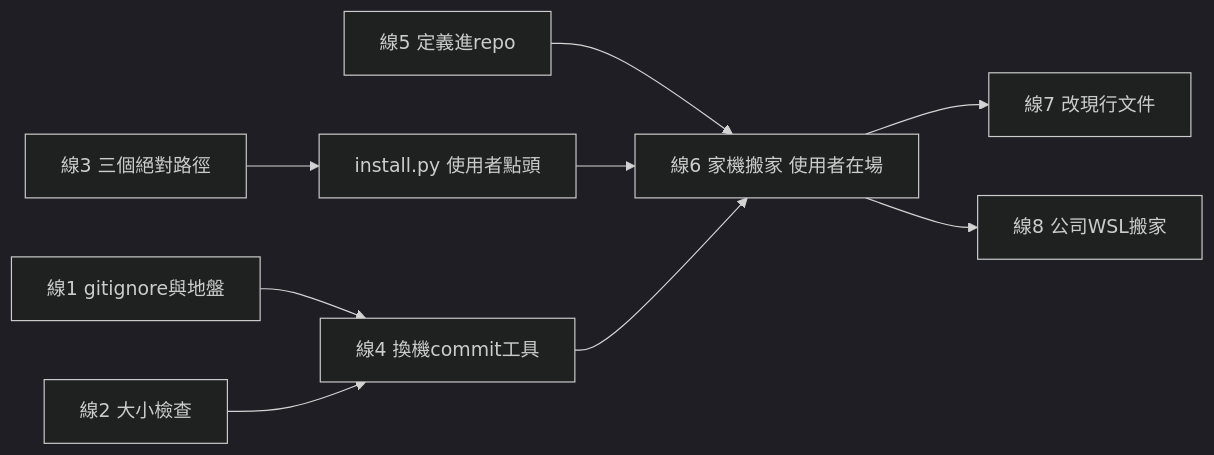
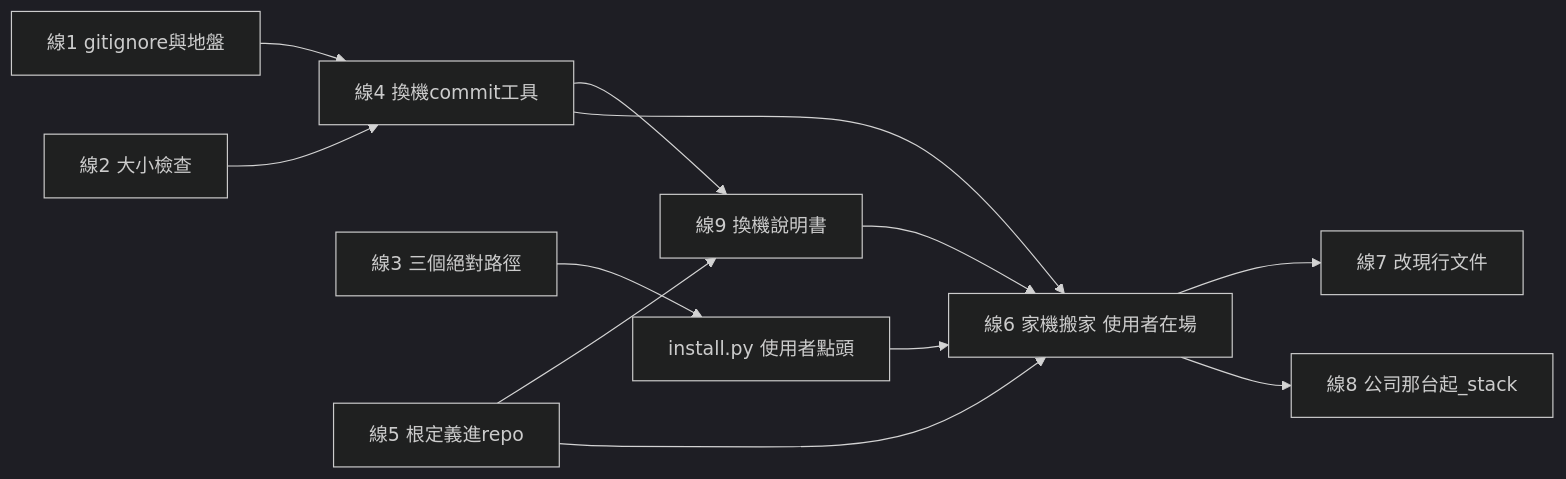
The first of 2 diagrams in proto8/thinking/2026-11/22/工作區與stack-1122/02-規劃.md (justty32/aos), drawn with Mermaid (dark theme) before and after one commit. The commit also changed other lines of this file and 3 other files, not shown here.

````diff
--- a/proto8/thinking/2026-11/22/工作區與stack-1122/02-規劃.md
+++ b/proto8/thinking/2026-11/22/工作區與stack-1122/02-規劃.md
@@ -20,11 +23,14 @@
 ```mermaid
 flowchart LR
     L1[線1 gitignore與地盤] --> L4[線4 換機commit工具]
     L2[線2 大小檢查] --> L4
     L3[線3 三個絕對路徑] --> I[install.py 使用者點頭]
-    L5[線5 定義進repo] --> L6
+    L5[線5 根定義進repo] --> L9[線9 換機說明書]
+    L4 --> L9
+    L9 --> L6
     I --> L6[線6 家機搬家 使用者在場]
     L4 --> L6
+    L5 --> L6
     L6 --> L7[線7 改現行文件]
-    L6 --> L8[線8 公司WSL搬家]
+    L6 --> L8[線8 公司那台起_stack]
 ```
````
